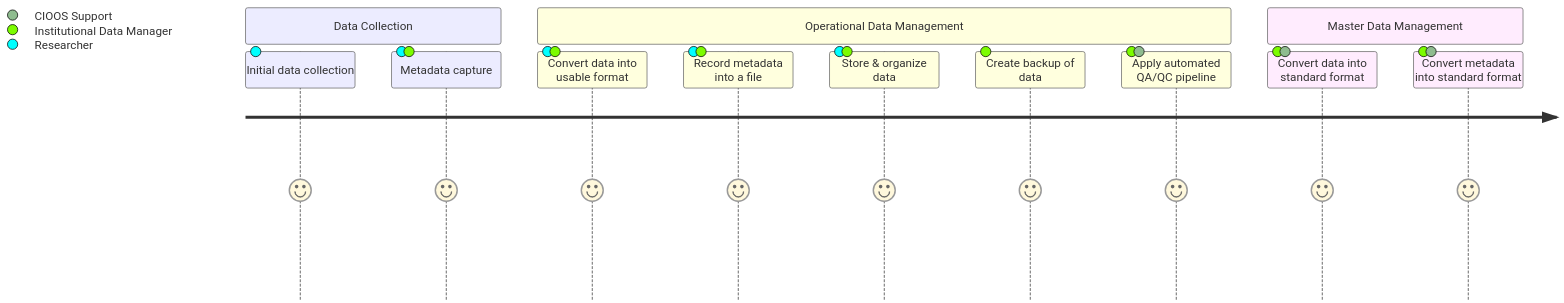
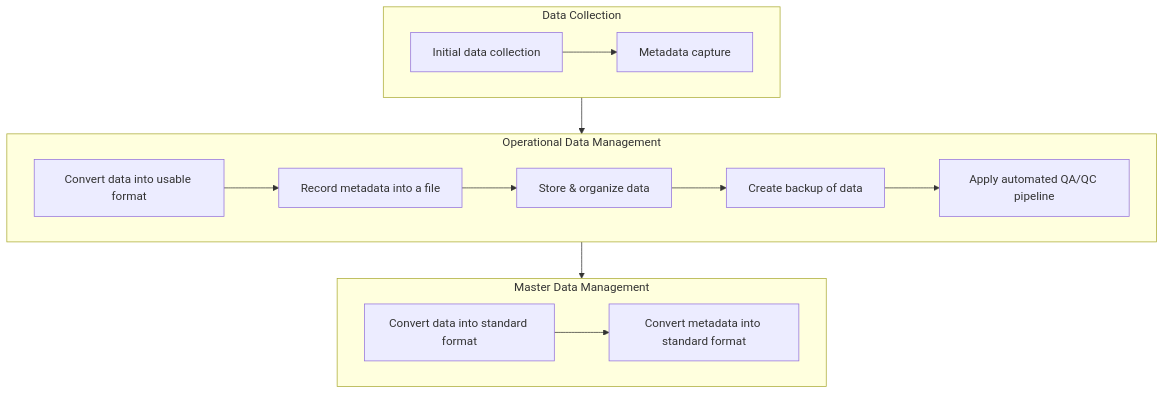
The diagram in docs/data-management-planning-guide/write-plan-overview.md (Transforming-Climate-Action/Transforming-Climate-Action.github.io), drawn with Mermaid before and after one commit. The commit also changed other lines of this file and 1 other file, not shown here.

Commit message:
docs: improve data management documentation with clearer flowcharts and fix typos

````diff
--- a/docs/data-management-planning-guide/write-plan-overview.md
+++ b/docs/data-management-planning-guide/write-plan-overview.md
@@ -89,16 +89,36 @@
-``` mermaid
-journey
-    section Data Collection
-        Initial data collection: 5: Researcher
-        Metadata capture: 5: Researcher, Institutional Data Manager
-    section Operational Data Management
-        Convert data into usable format: 5: Researcher, Institutional Data Manager
-        Record metadata into a file: 5: Researcher, Institutional Data Manager
-        Store & organize data: 5: Researcher, Institutional Data Manager
-        Create backup of data: 5: Institutional Data Manager
-        Apply automated QA/QC pipeline: 5: Institutional Data Manager, CIOOS Support
-    section Master Data Management
-        Convert data into standard format: 5: Institutional Data Manager, CIOOS Support
-        Convert metadata into standard format: 5: Institutional Data Manager, CIOOS Support
-        
+```mermaid
+flowchart TD
+    subgraph DC[Data Collection]
+        A1[Initial data collection]
+        A2[Metadata capture]
+    end
+
+    subgraph ODM[Operational Data Management]
+        B1[Convert data into usable format]
+        B2[Record metadata into a file]
+        B3[Store & organize data]
+        B4[Create backup of data]
+        B5[Apply automated QA/QC pipeline]
+    end
+
+    subgraph MDM[Master Data Management]
+        C1[Convert data into standard format]
+        C2[Convert metadata into standard format]
+    end
+
+    DC --> ODM
+    ODM --> MDM
+
+    %% Data Collection flow
+    A1 --> A2
+
+    %% Operational Data Management flow
+    B1 --> B2
+    B2 --> B3
+    B3 --> B4
+    B4 --> B5
+
+    %% Master Data Management flow
+    C1 --> C2
+
 ```
````
